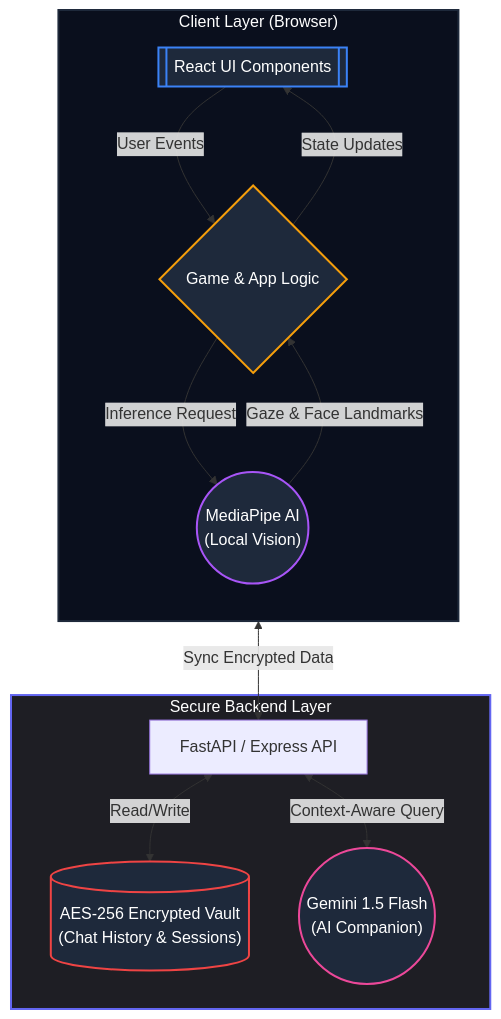
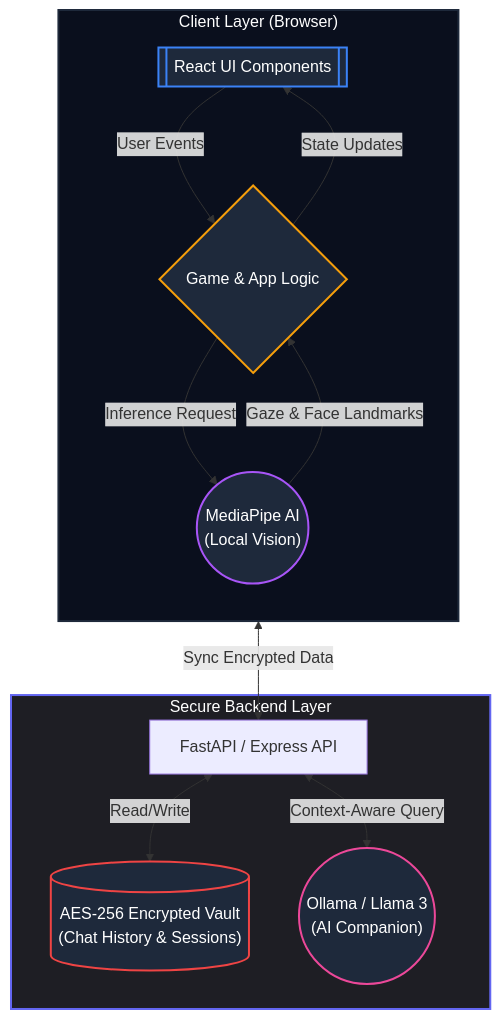
One commit to yashsrivastava1408/lock-focus-hackathon changed the first of 2 diagrams in README.md. Above: the diagram before and after it, drawn with Mermaid. The commit also changed other lines of this file and 6 other files, not shown here.

````diff
--- a/README.md
+++ b/README.md
@@ -64,31 +64,31 @@
 ```mermaid
 flowchart TB
     subgraph Client ["Client Layer (Browser)"]
         direction TB
         UI[["React UI Components"]]
         Logic{"Game & App Logic"}
         AI(("MediaPipe AI<br/>(Local Vision)"))
     end
 
     subgraph Server ["Secure Backend Layer"]
         API["FastAPI / Express API"]
         Vault[("AES-256 Encrypted Vault<br/>(Chat History & Sessions)")]
-        LLM(("Gemini 1.5 Flash<br/>(AI Companion)"))
+        LLM(("Ollama / Llama 3<br/>(AI Companion)"))
     end
 
     style Client fill:#0a0f1d,stroke:#1e293b,stroke-width:2px,color:#fff
     style Server fill:#1e1e24,stroke:#6366f1,stroke-width:2px,color:#fff
     style UI fill:#1e293b,stroke:#3b82f6,stroke-width:2px,color:#fff
     style Logic fill:#1e293b,stroke:#f59e0b,stroke-width:2px,color:#fff
     style AI fill:#1e293b,stroke:#a855f7,stroke-width:2px,color:#fff
     style Vault fill:#1e293b,stroke:#ef4444,stroke-width:2px,color:#fff
     style LLM fill:#1e293b,stroke:#ec4899,stroke-width:2px,color:#fff
 
     UI -->|User Events| Logic
     Logic -->|State Updates| UI
     Logic -->|Inference Request| AI
     AI -->|Gaze & Face Landmarks| Logic
     Logic <-->|Sync Encrypted Data| API
     API <-->|Read/Write| Vault
     API <-->|Context-Aware Query| LLM
 ```
````
